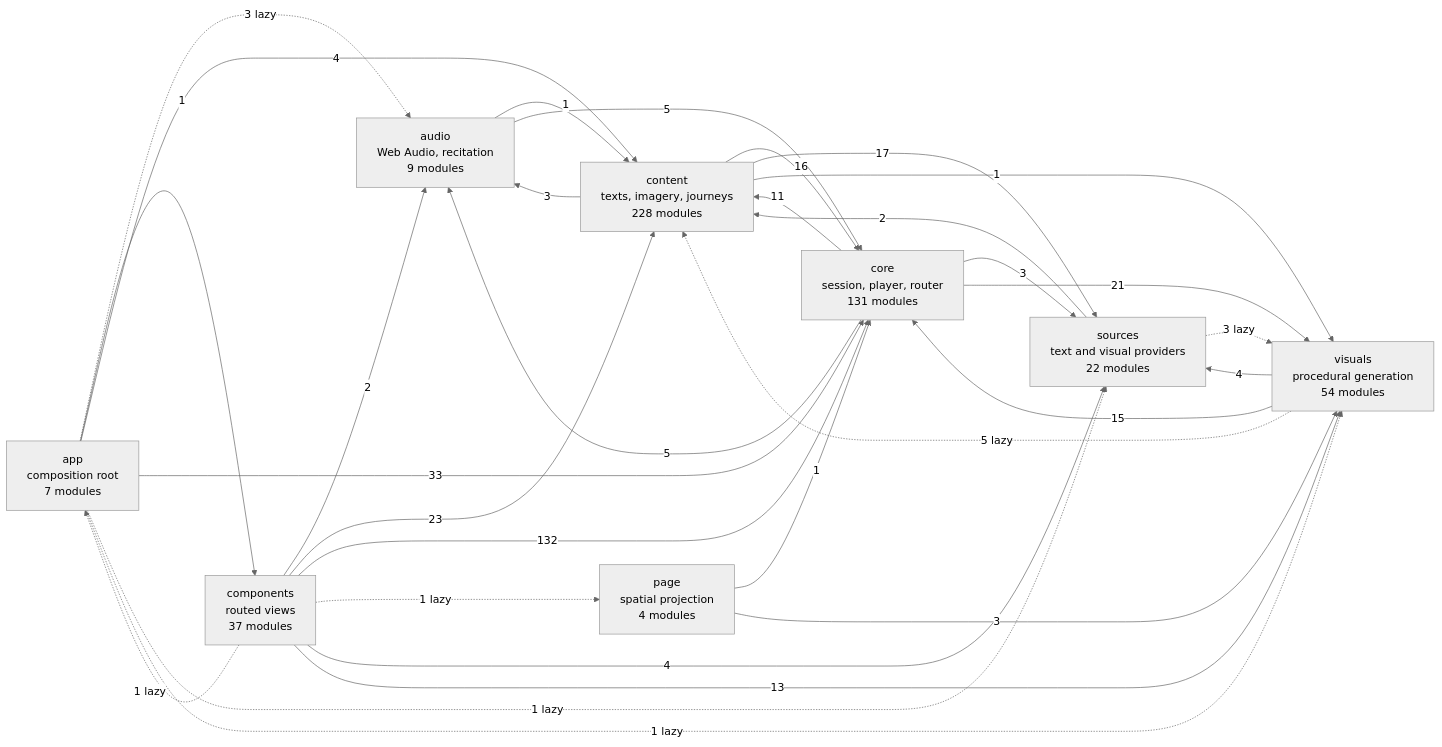
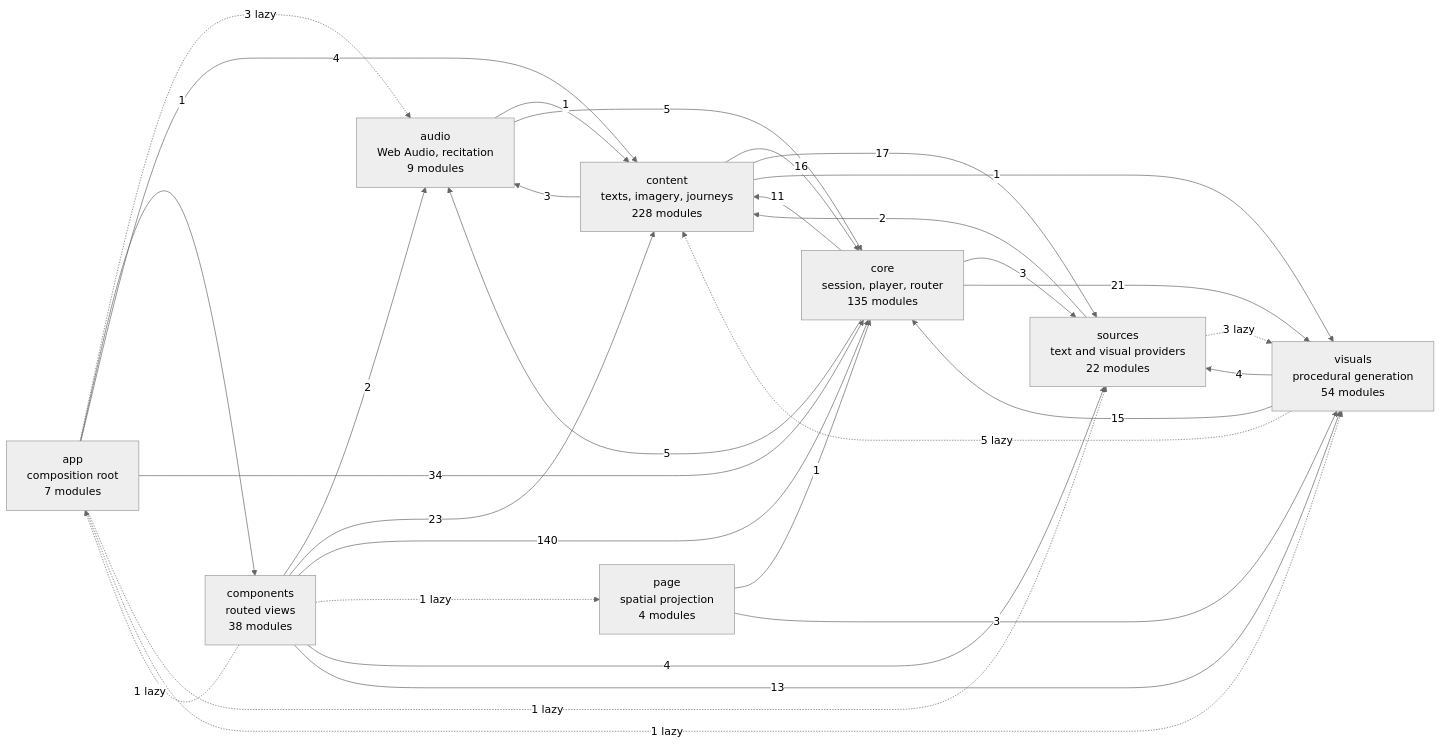
The diagram in docs/specs/ARCHITECTURE.md (SyberLabs/RISE), drawn with Mermaid (neutral theme) before and after one commit. The commit also changed other lines of this file and 44 other files, not shown here.

````diff
--- a/docs/specs/ARCHITECTURE.md
+++ b/docs/specs/ARCHITECTURE.md
@@ -160,42 +160,42 @@
 ```mermaid
 flowchart LR
     app["app<br/>composition root<br/>7 modules"]
     audio["audio<br/>Web Audio, recitation<br/>9 modules"]
-    components["components<br/>routed views<br/>37 modules"]
+    components["components<br/>routed views<br/>38 modules"]
     content["content<br/>texts, imagery, journeys<br/>228 modules"]
-    core["core<br/>session, player, router<br/>131 modules"]
+    core["core<br/>session, player, router<br/>135 modules"]
     page["page<br/>spatial projection<br/>4 modules"]
     sources["sources<br/>text and visual providers<br/>22 modules"]
     visuals["visuals<br/>procedural generation<br/>54 modules"]
 
     app -.-> |3 lazy| audio
     app --> |1| components
     app --> |4| content
-    app --> |33| core
+    app --> |34| core
     app -.-> |1 lazy| sources
     app -.-> |1 lazy| visuals
     audio --> |1| content
     audio --> |5| core
     components -.-> |1 lazy| app
     components --> |2| audio
     components --> |23| content
-    components --> |132| core
+    components --> |140| core
     components -.-> |1 lazy| page
     components --> |4| sources
     components --> |13| visuals
     content --> |3| audio
     content --> |16| core
     content --> |17| sources
     content --> |1| visuals
     core --> |5| audio
     core --> |11| content
     core --> |3| sources
     core --> |21| visuals
     page --> |1| core
     page --> |3| visuals
     sources --> |2| content
     sources -.-> |3 lazy| visuals
     visuals -.-> |5 lazy| content
     visuals --> |15| core
     visuals --> |4| sources
 ```
````
